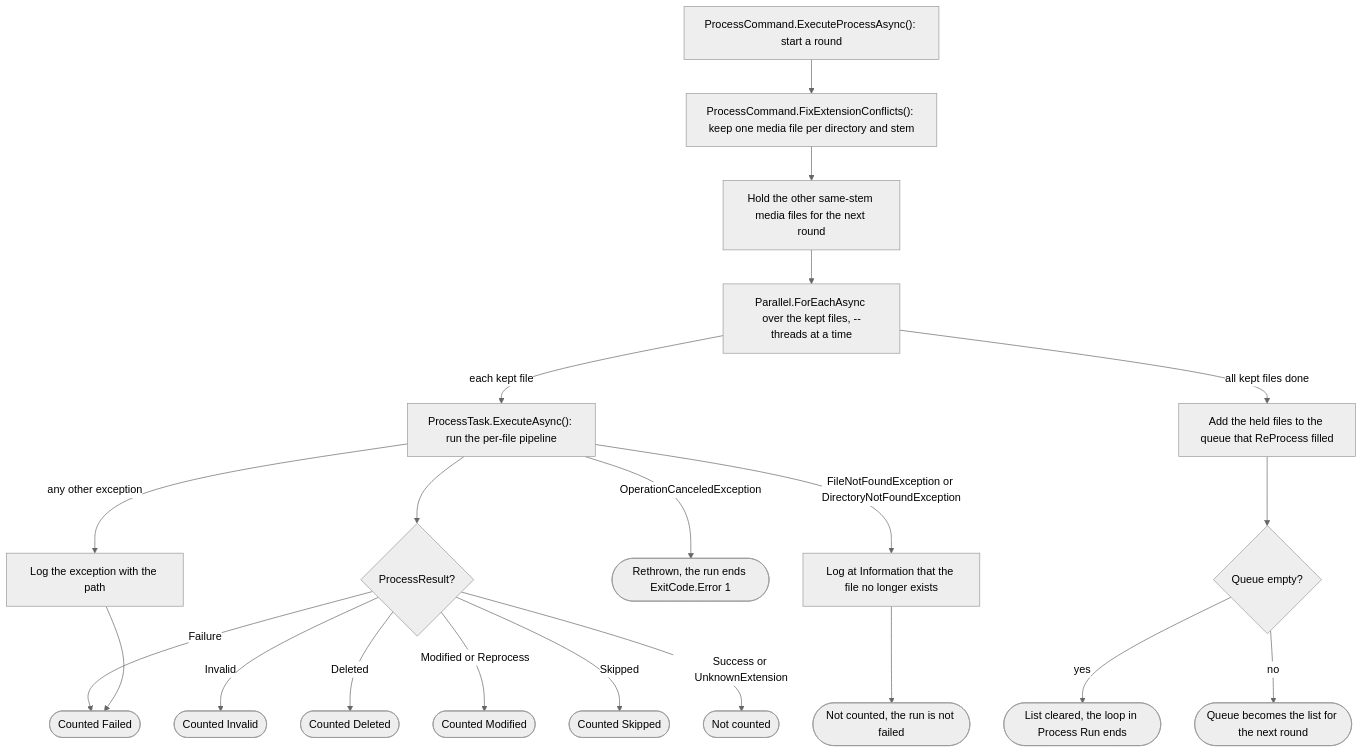
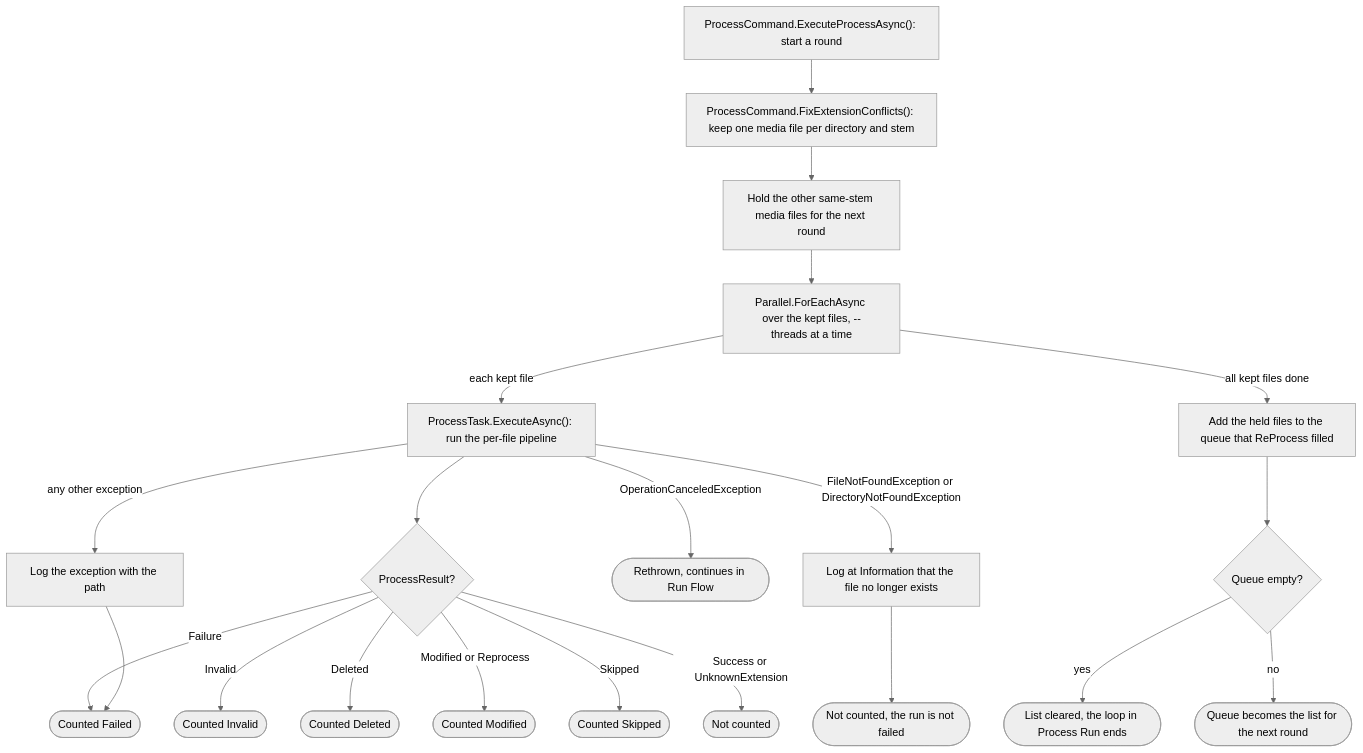
One commit to ptr727/PhotoCleaner changed the third of 23 diagrams in ARCHITECTURE.md. Above: the diagram before and after it, drawn with Mermaid (neutral theme). The commit also changed other lines of this file and 6 other files, not shown here.

````diff
--- a/ARCHITECTURE.md
+++ b/ARCHITECTURE.md
@@ -236,39 +243,39 @@
 ```mermaid
 flowchart TD
   start["ProcessCommand.ExecuteProcessAsync(): start a round"]
   split["ProcessCommand.FixExtensionConflicts(): keep one media file per directory and stem"]
   defer["Hold the other same-stem media files for the next round"]
   par["Parallel.ForEachAsync over the kept files, --threads at a time"]
   task["ProcessTask.ExecuteAsync(): run the per-file pipeline"]
   result{"ProcessResult?"}
   cFailed(["Counted Failed"])
   cInvalid(["Counted Invalid"])
   cDeleted(["Counted Deleted"])
   cModified(["Counted Modified"])
   cSkipped(["Counted Skipped"])
   cNone(["Not counted"])
   gone["Log at Information that the file no longer exists"]
   goneEnd(["Not counted, the run is not failed"])
-  cancel(["Rethrown, the run ends ExitCode.Error 1"])
+  cancel(["Rethrown, continues in Run Flow"])
   logFail["Log the exception with the path"]
   merge["Add the held files to the queue that ReProcess filled"]
   empty{"Queue empty?"}
   done(["List cleared, the loop in Process Run ends"])
   next(["Queue becomes the list for the next round"])
 
   start --> split --> defer --> par
   par -->|"each kept file"| task --> result
   result -->|"Failure"| cFailed
   result -->|"Invalid"| cInvalid
   result -->|"Deleted"| cDeleted
   result -->|"Modified or Reprocess"| cModified
   result -->|"Skipped"| cSkipped
   result -->|"Success or UnknownExtension"| cNone
   task -->|"FileNotFoundException or DirectoryNotFoundException"| gone --> goneEnd
   task -->|"OperationCanceledException"| cancel
   task -->|"any other exception"| logFail --> cFailed
   par -->|"all kept files done"| merge --> empty
   empty -->|"yes"| done
   empty -->|"no"| next
   classDef suspect stroke:#c00,stroke-width:2px,stroke-dasharray:5 3
 ```
````
